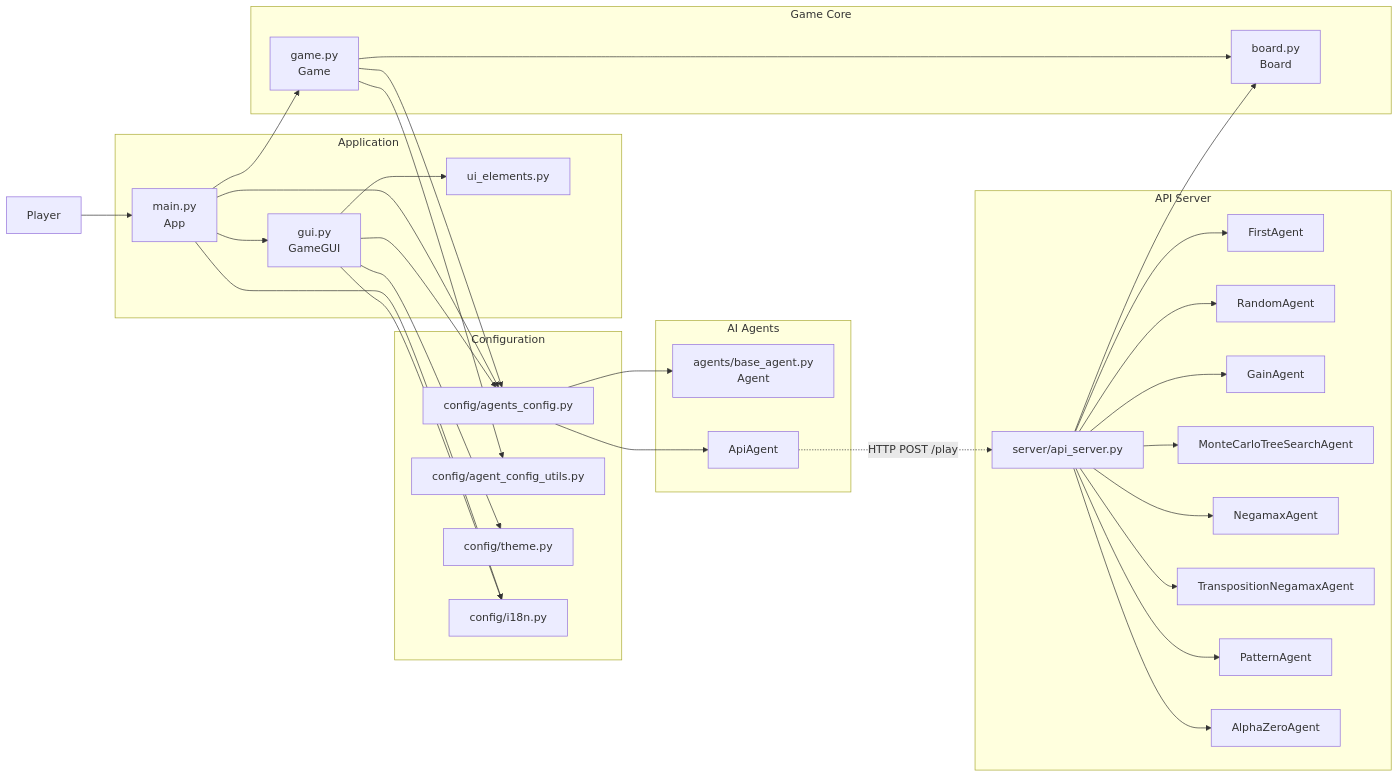
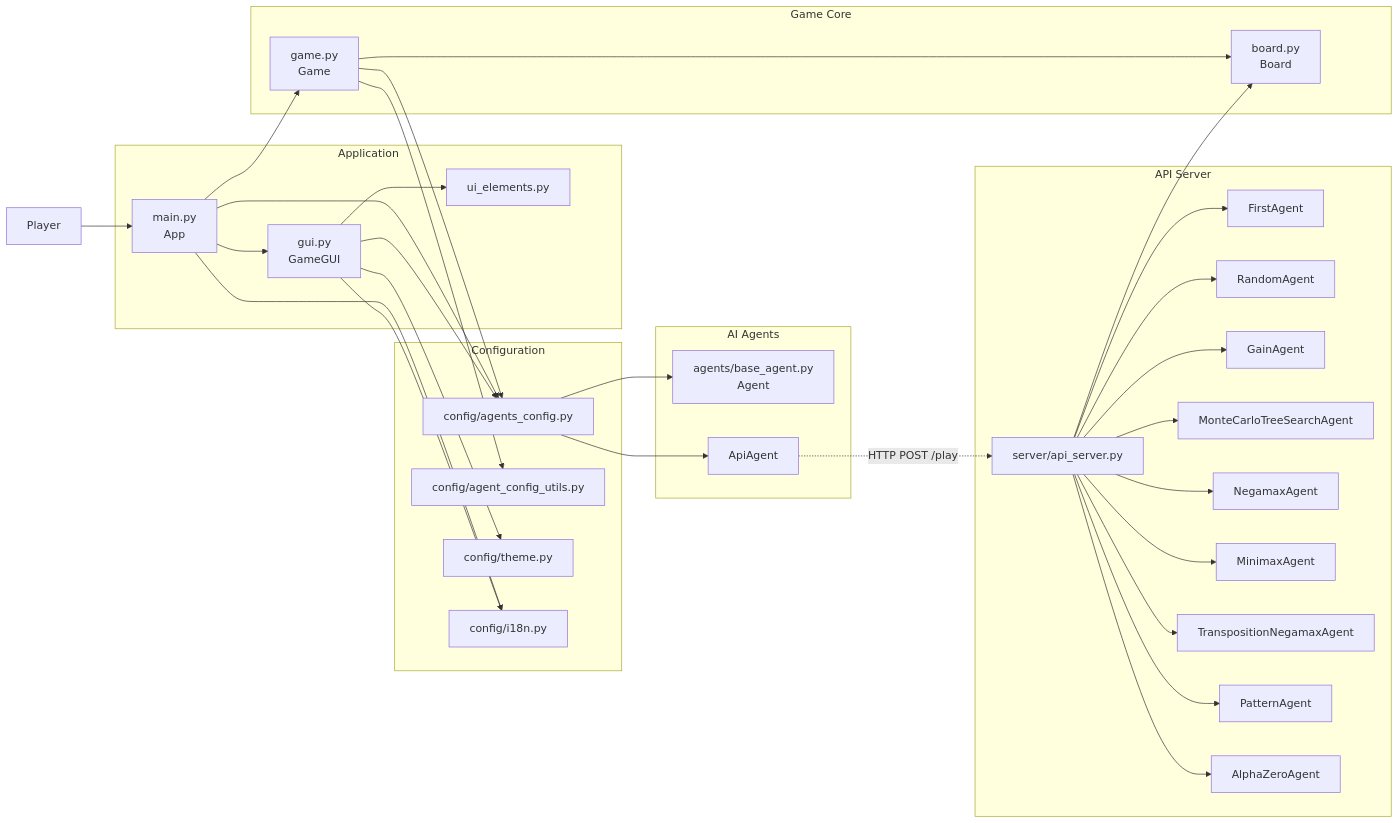
Before and after one commit to katoy/study-gemini2: the first of 2 diagrams in reversi-py/README.md, drawn with Mermaid. The commit also changed other lines of this file, not shown here.

Commit message:
docs: update README for MinimaxAgent and AlphaZero-Minimax80

````diff
--- a/reversi-py/README.md
+++ b/reversi-py/README.md
@@ -39,68 +46,70 @@
 ```mermaid
 flowchart LR
     User[Player]
 
     subgraph App["Application"]
         Main["main.py<br/>App"]
         GUI["gui.py<br/>GameGUI"]
         UIE["ui_elements.py"]
     end
 
     subgraph Core["Game Core"]
         Game["game.py<br/>Game"]
         Board["board.py<br/>Board"]
     end
 
     subgraph Agents["AI Agents"]
         Base["agents/base_agent.py<br/>Agent"]
         API["ApiAgent"]
     end
 
     subgraph Config["Configuration"]
         AgentsCfg["config/agents_config.py"]
         Params["config/agent_config_utils.py"]
         Theme["config/theme.py"]
         I18n["config/i18n.py"]
     end
 
     subgraph Server["API Server"]
         APIServer["server/api_server.py"]
         First["FirstAgent"]
         Random["RandomAgent"]
         Gain["GainAgent"]
         MCTS["MonteCarloTreeSearchAgent"]
         Negamax["NegamaxAgent"]
+        Minimax["MinimaxAgent"]
         Transposition["TranspositionNegamaxAgent"]
         Pattern["PatternAgent"]
         AlphaZero["AlphaZeroAgent"]
     end
 
     User --> Main
     Main --> GUI
     Main --> Game
     Main --> I18n
     Main --> AgentsCfg
 
     GUI --> UIE
     GUI --> Theme
     GUI --> AgentsCfg
     GUI --> I18n
 
     Game --> Board
     Game --> AgentsCfg
     Game --> Params
 
     AgentsCfg --> Base
     AgentsCfg --> API
 
     API -.->|HTTP POST /play| APIServer
     APIServer --> First
     APIServer --> Random
     APIServer --> Gain
     APIServer --> MCTS
     APIServer --> Negamax
+    APIServer --> Minimax
     APIServer --> Transposition
     APIServer --> Pattern
     APIServer --> AlphaZero
     APIServer --> Board
 ```
````
